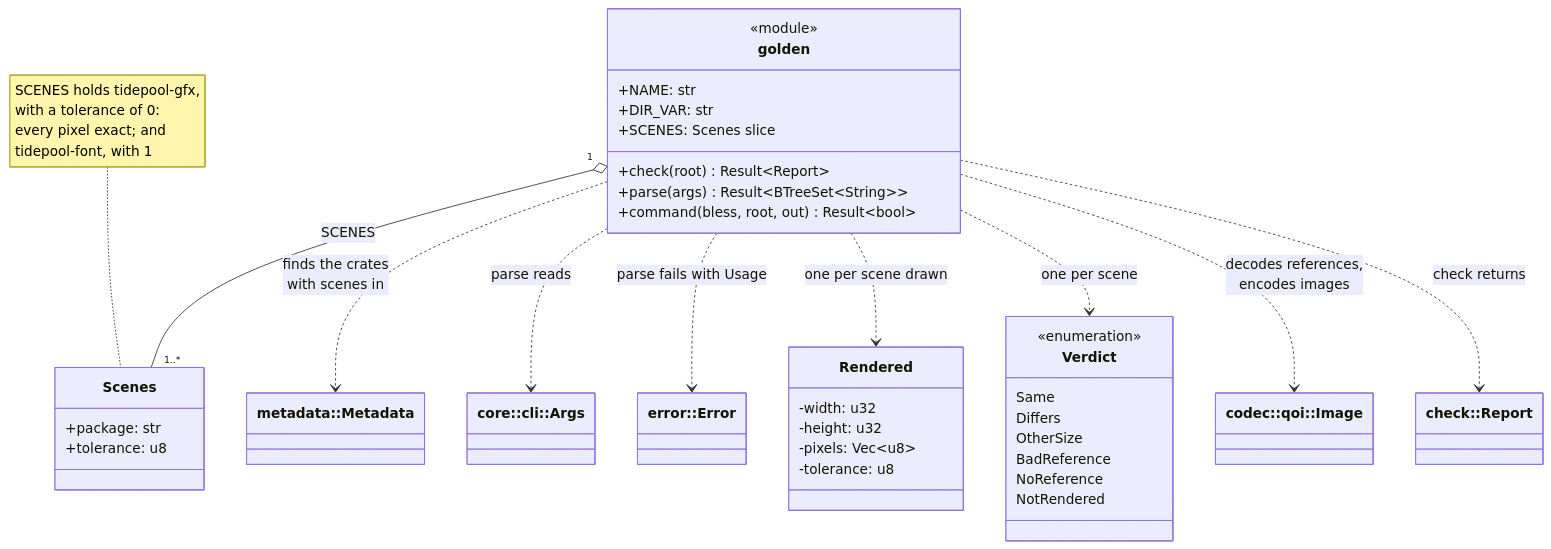
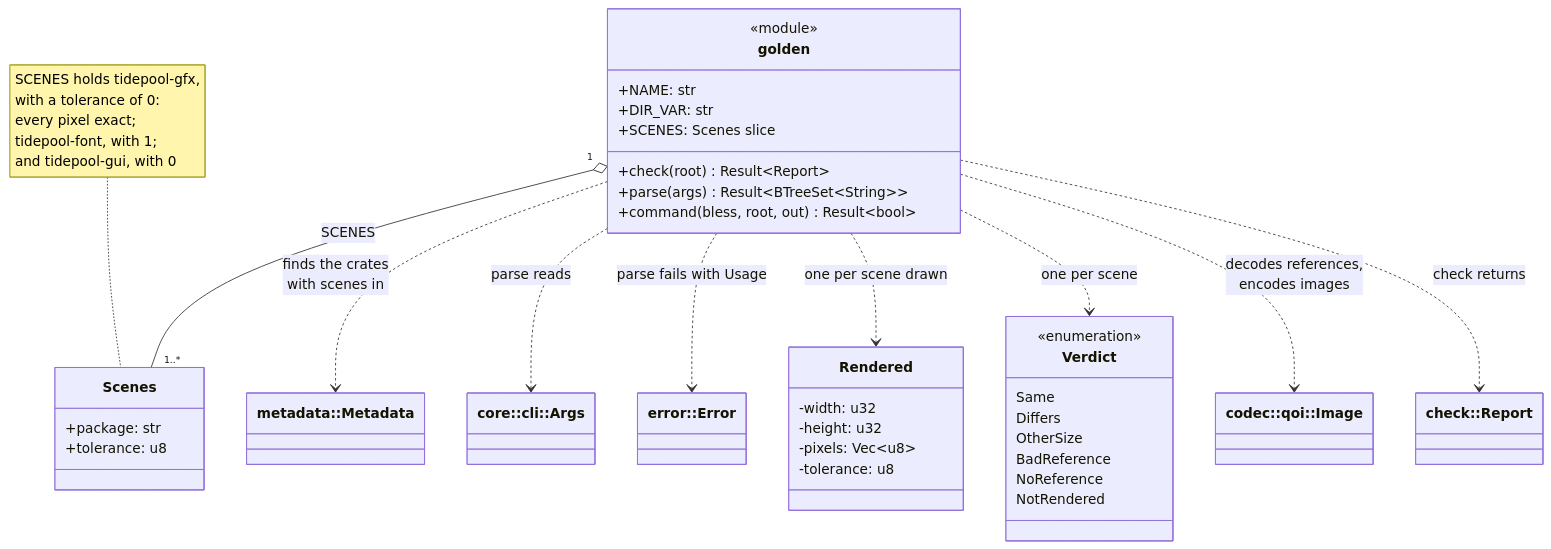
Before and after one commit to jabbott-iii/Tidepool: diagram 29 of 46 in diagrams/class-diagrams.md, drawn with Mermaid. The commit also changed other lines of this file and 51 other files, not shown here.

````diff
--- a/diagrams/class-diagrams.md
+++ b/diagrams/class-diagrams.md
@@ -2211,46 +2212,46 @@
 ```mermaid
 classDiagram
     direction TB
     class GoldenFns["golden"] {
         <<module>>
         +NAME: str
         +DIR_VAR: str
         +SCENES: Scenes slice
         +check(root) Result~Report~
         +parse(args) Result~BTreeSet~String~~
         +command(bless, root, out) Result~bool~
     }
     class Scenes {
         +package: str
         +tolerance: u8
     }
     class Rendered {
         -width: u32
         -height: u32
         -pixels: Vec~u8~
         -tolerance: u8
     }
     class Verdict {
         <<enumeration>>
         Same
         Differs
         OtherSize
         BadReference
         NoReference
         NotRendered
     }
     class Args["core::cli::Args"]
     class QoiImage["codec::qoi::Image"]
     class Metadata["metadata::Metadata"]
     class Report["check::Report"]
     class XtaskError["error::Error"]
     GoldenFns "1" o-- "1..*" Scenes : SCENES
     GoldenFns ..> Metadata : finds the crates<br/>with scenes in
     GoldenFns ..> Args : parse reads
     GoldenFns ..> XtaskError : parse fails with Usage
     GoldenFns ..> Rendered : one per scene drawn
     GoldenFns ..> Verdict : one per scene
     GoldenFns ..> QoiImage : decodes references,<br/>encodes images
     GoldenFns ..> Report : check returns
-    note for Scenes "SCENES holds tidepool-gfx,<br/>with a tolerance of 0:<br/>every pixel exact; and<br/>tidepool-font, with 1"
+    note for Scenes "SCENES holds tidepool-gfx,<br/>with a tolerance of 0:<br/>every pixel exact;<br/>tidepool-font, with 1;<br/>and tidepool-gui, with 0"
 ```
````
